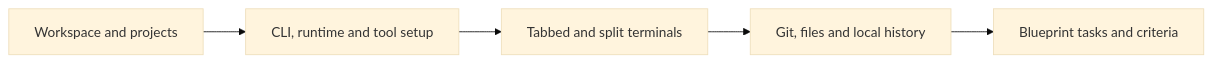
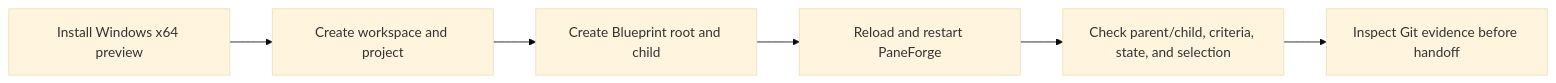
Before and after one commit to lihuabin1516-design/PaneForge-Releases: the diagram in README.md, drawn with Mermaid (base theme). The commit also changed other lines of this file and 7 other files, not shown here.

First line of the commit message:
docs(showcase): upgrade PaneForge recruitment presentation

````diff
--- a/README.md
+++ b/README.md
@@ -19,7 +95,8 @@
 ```mermaid
 flowchart LR
-  Workspace[Workspace and projects] --> Launch[CLI, runtime and tool setup]
-  Launch --> Sessions[Tabbed and split terminals]
-  Sessions --> Review[Git, files and local history]
-  Review --> Plan[Blueprint tasks and criteria]
+  A[Install Windows x64 preview] --> B[Create workspace and project]
+  B --> C[Create Blueprint root and child]
+  C --> D[Reload and restart PaneForge]
+  D --> E[Check parent/child, criteria, state, and selection]
+  E --> F[Inspect Git evidence before handoff]
 ```
````
